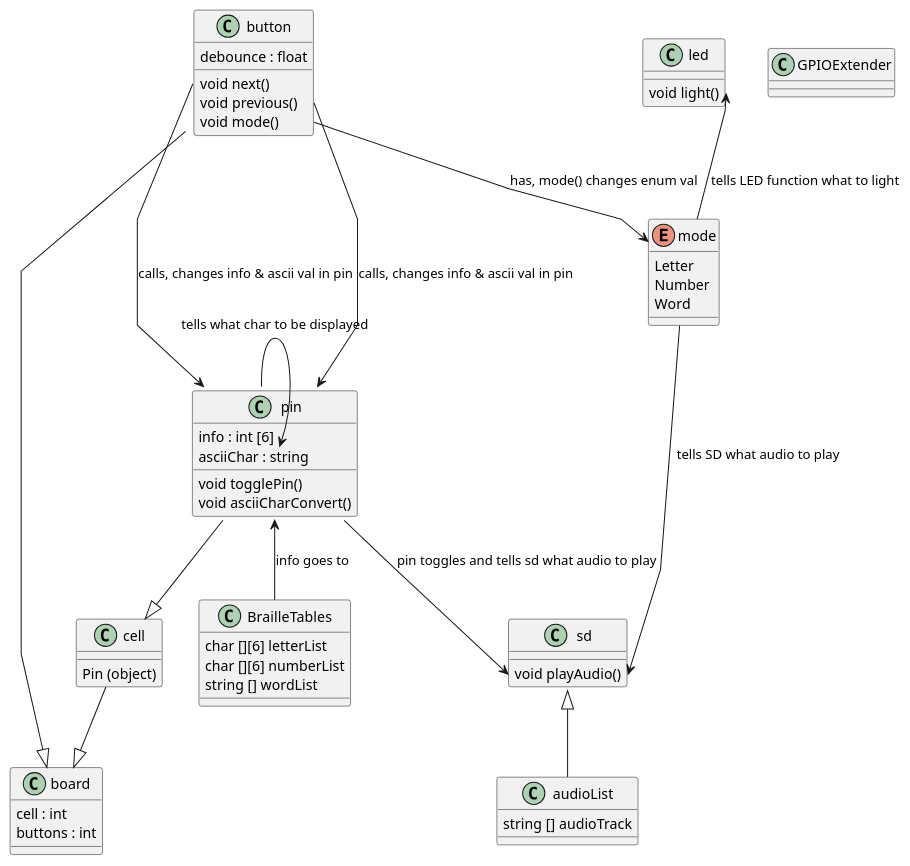
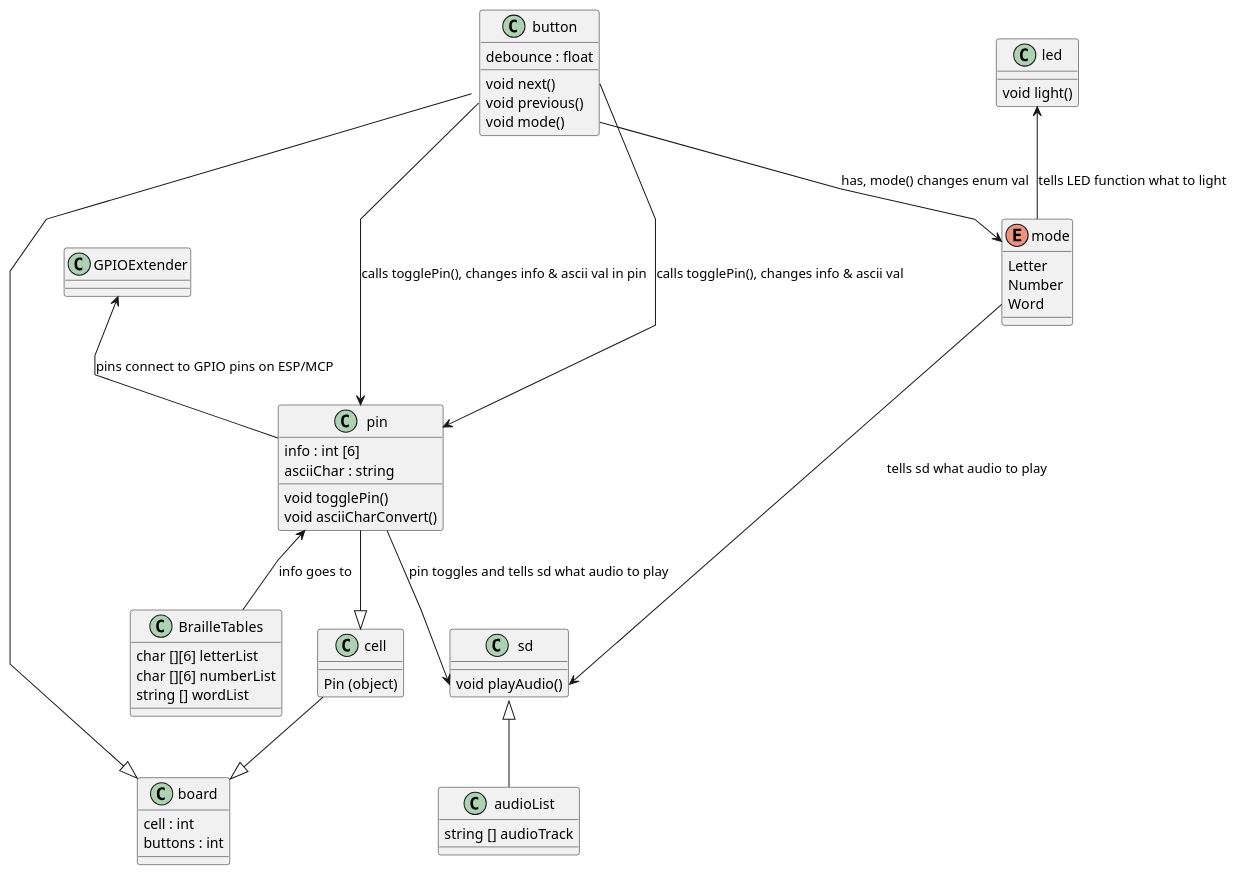
Before and after one commit to nathe6/ENGR696-Braille: the diagram in Braille_Project/main/Braille.puml, drawn with PlantUML.

Commit message:
Second UML Diagram

```diff
--- a/Braille_Project/main/Braille.puml
+++ b/Braille_Project/main/Braille.puml
@@ -1,63 +1,64 @@
 @startuml braille
 skinparam linetype polyline
 
 class board {
     cell : int
     buttons : int
 }
 
     cell --|> board
     cell : Pin (object)
     button --|> board
     pin --|> cell
 
 class pin {
     info : int [6]
     asciiChar : string
     void togglePin()
     void asciiCharConvert()
 }
 
     pin <-- BrailleTables : info goes to
     BrailleTables : char [][6] letterList
     BrailleTables : char [][6] numberList
     BrailleTables : string [] wordList
-    pin --> pin::asciiChar : tells what char to be displayed
 
 class button {
     debounce : float 
     void next() 
     void previous()
     void mode()
 }
 
-    button::next ---> pin : calls, changes info & ascii val in pin
-    button::previous ---> pin : calls, changes info & ascii val in pin
+    button::next ---> pin : calls togglePin(), changes info & ascii val
+    button::previous ---> pin : calls togglePin(), changes info & ascii val in pin
     button::mode --> mode : has, mode() changes enum val
 
 class GPIOExtender {
     
 }
+
+    GPIOExtender <-- pin : pins connect to GPIO pins on ESP/MCP
 
 class sd {
     void playAudio()
 }
 
     sd <|-- audioList 
     audioList : string [] audioTrack
-    mode --> sd::playAudio : tells SD what audio to play
+    mode --> sd::playAudio : tells sd what audio to play
     pin --> sd::playAudio : pin toggles and tells sd what audio to play
 
 class led {
     void light()
 }
 
-    led::light <-- mode : tells LED function what to light
+    led <-- mode : tells LED function what to light
 
 enum mode {
     Letter
     Number
     Word
 } 
 
 @enduml
```
